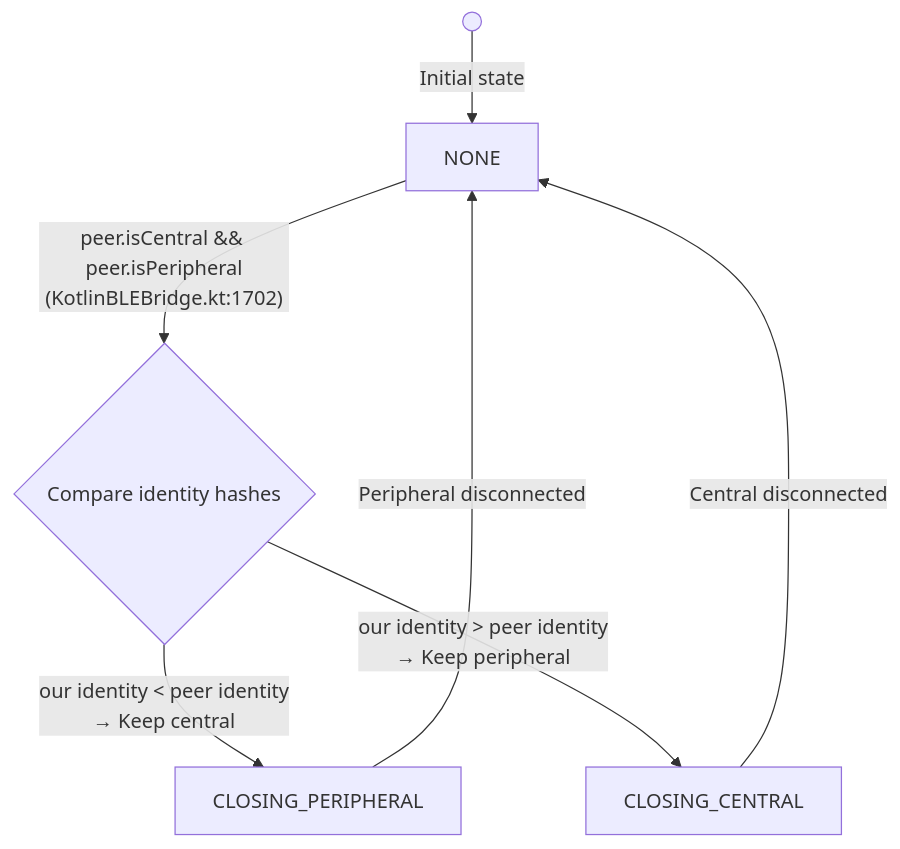
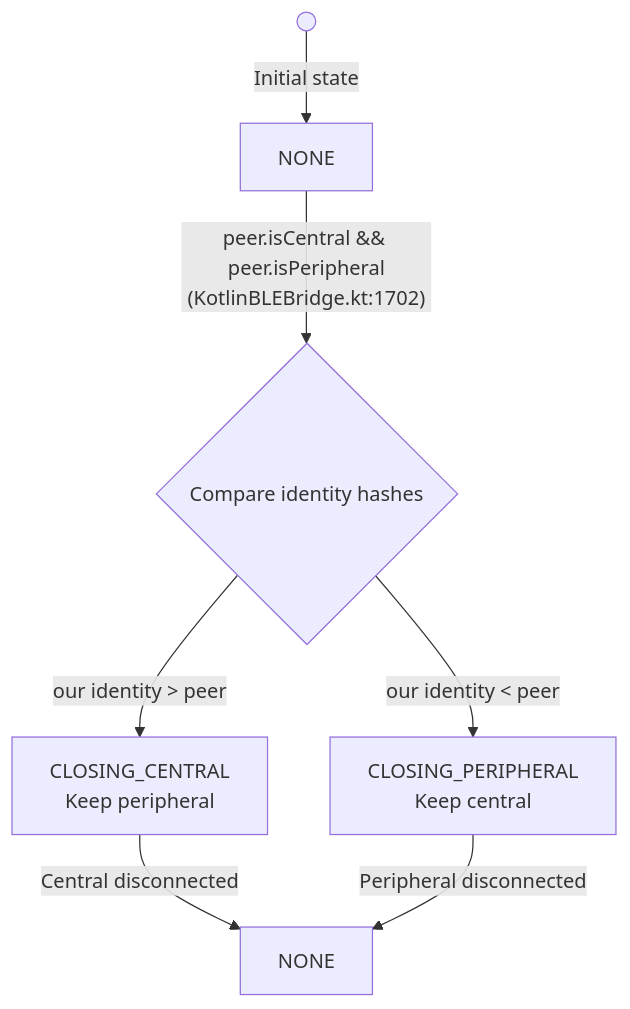
Before and after one commit to torlando-tech/columba: the tenth of 16 diagrams in docs/ble-architecture.md, drawn with Mermaid.

Commit message:
docs(ble): fix deduplication state diagram layout
Use two NONE nodes (top and bottom) so all arrows flow downward
without crossing. Both CLOSING states converge to bottom NONE node.

````diff
--- a/docs/ble-architecture.md
+++ b/docs/ble-architecture.md
@@ -354,12 +354,12 @@
 ```mermaid
 flowchart TD
     Start(( )) -->|Initial state| NONE[NONE]
 
     NONE -->|"peer.isCentral && peer.isPeripheral<br/>(KotlinBLEBridge.kt:1702)"| Decision{Compare identity hashes}
 
-    Decision -->|"our identity < peer identity<br/>→ Keep central"| CLOSING_PERIPHERAL[CLOSING_PERIPHERAL]
-    Decision -->|"our identity > peer identity<br/>→ Keep peripheral"| CLOSING_CENTRAL[CLOSING_CENTRAL]
+    Decision -->|"our identity > peer"| CLOSING_CENTRAL[CLOSING_CENTRAL<br/>Keep peripheral]
+    Decision -->|"our identity < peer"| CLOSING_PERIPHERAL[CLOSING_PERIPHERAL<br/>Keep central]
 
-    CLOSING_PERIPHERAL -->|"Peripheral disconnected"| NONE
-    CLOSING_CENTRAL -->|"Central disconnected"| NONE
+    CLOSING_CENTRAL -->|"Central disconnected"| NONE2[NONE]
+    CLOSING_PERIPHERAL -->|"Peripheral disconnected"| NONE2
 ```
````
